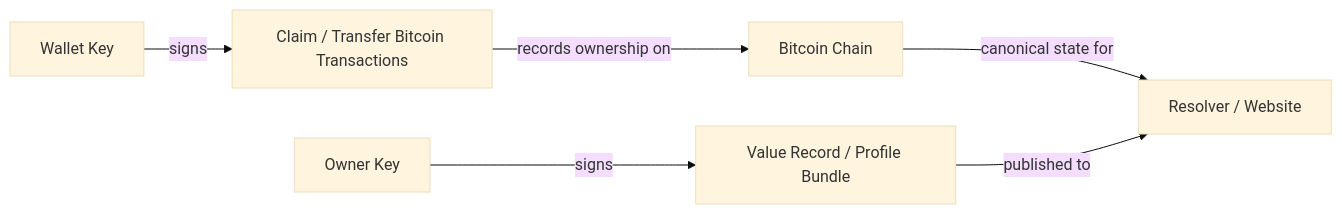
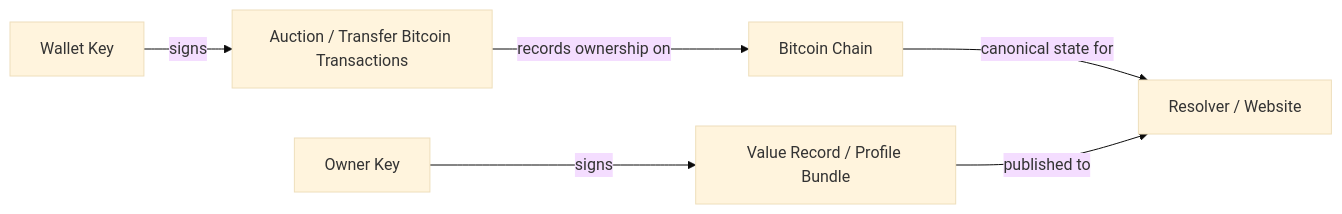
The diagram in README.md (deekay/gns), drawn with Mermaid (base theme) before and after one commit. The commit also changed other lines of this file and 235 other files, not shown here.

````diff
--- a/README.md
+++ b/README.md
@@ -58,8 +58,8 @@
 ```mermaid
 flowchart LR
-  A["Wallet Key"] -->|"signs"| B["Claim / Transfer Bitcoin Transactions"]
+  A["Wallet Key"] -->|"signs"| B["Auction / Transfer Bitcoin Transactions"]
   B -->|"records ownership on"| C["Bitcoin Chain"]
   C -->|"canonical state for"| D["Resolver / Website"]
   E["Owner Key"] -->|"signs"| F["Value Record / Profile Bundle"]
   F -->|"published to"| D
 ```
````
